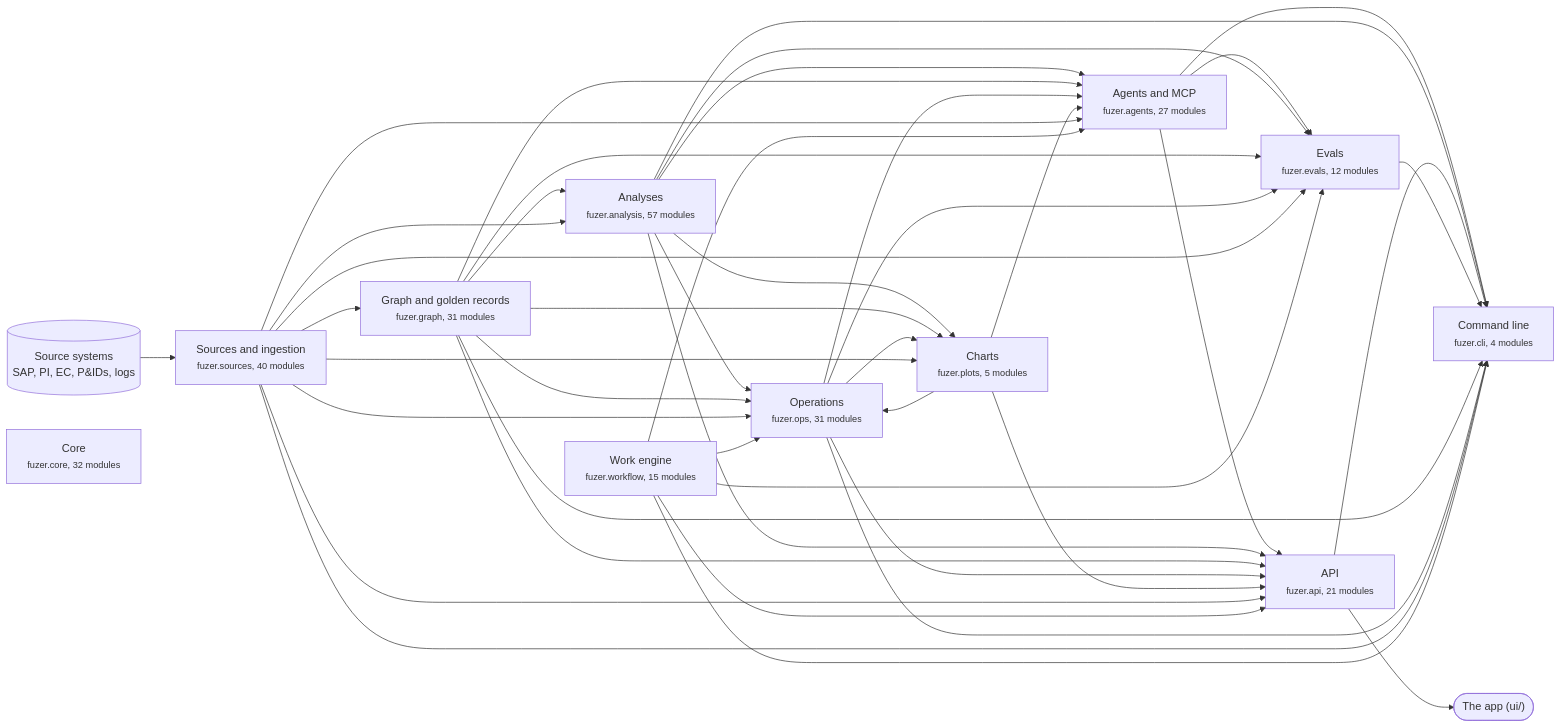
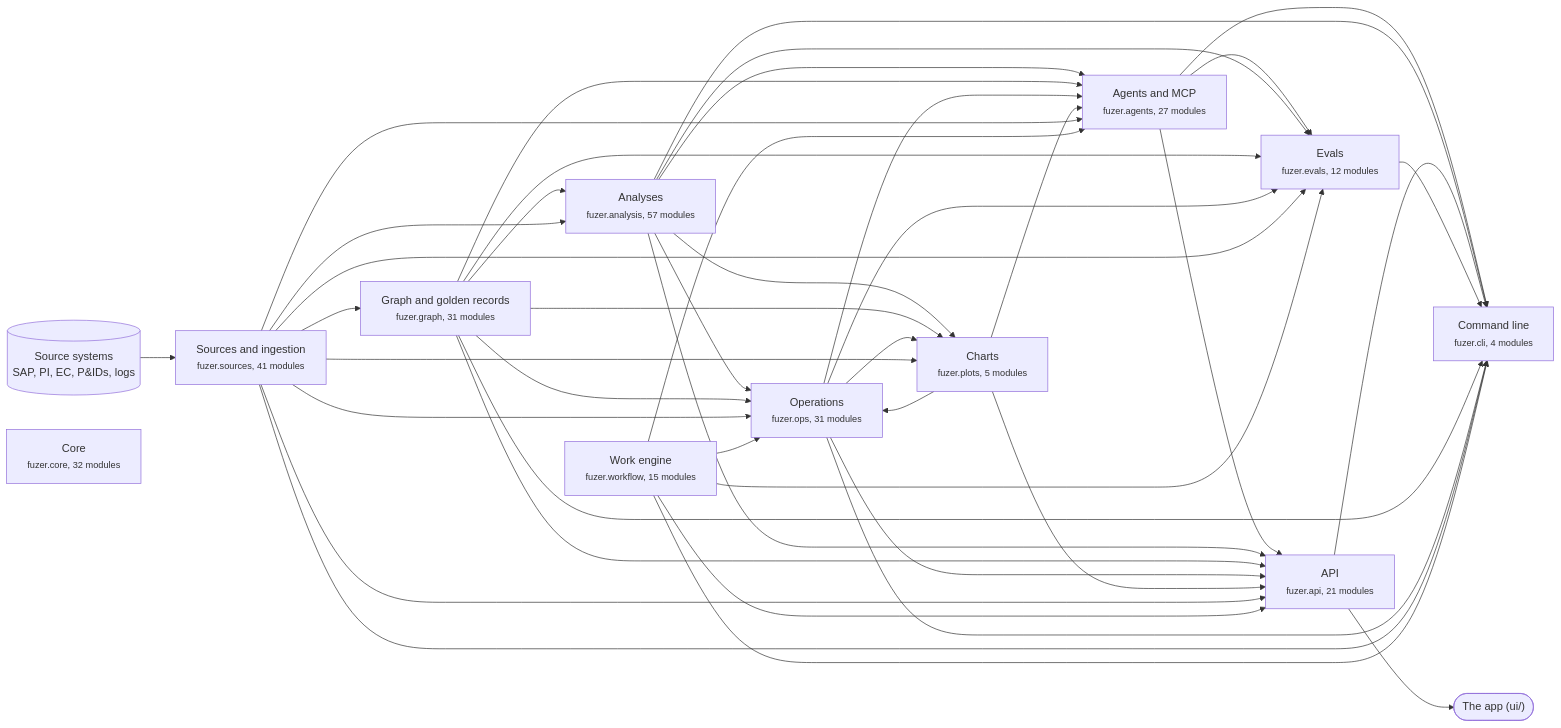
One commit to areed145/fuzer changed the first of 3 diagrams in docs/architecture.md. Above: the diagram before and after it, drawn with Mermaid. The commit also changed other lines of this file and 12 other files, not shown here.

````diff
--- a/docs/architecture.md
+++ b/docs/architecture.md
@@ -8,67 +8,67 @@
 ```mermaid
 flowchart LR
   systems[("Source systems<br>SAP, PI, EC, P&IDs, logs")] --> c_sources
   app(["The app (ui/)"])
   c_api --> app
-  c_sources["Sources and ingestion<br><small>fuzer.sources, 40 modules</small>"]
+  c_sources["Sources and ingestion<br><small>fuzer.sources, 41 modules</small>"]
   c_graph["Graph and golden records<br><small>fuzer.graph, 31 modules</small>"]
   c_analysis["Analyses<br><small>fuzer.analysis, 57 modules</small>"]
   c_ops["Operations<br><small>fuzer.ops, 31 modules</small>"]
   c_plots["Charts<br><small>fuzer.plots, 5 modules</small>"]
   c_workflow["Work engine<br><small>fuzer.workflow, 15 modules</small>"]
   c_agents["Agents and MCP<br><small>fuzer.agents, 27 modules</small>"]
   c_evals["Evals<br><small>fuzer.evals, 12 modules</small>"]
   c_api["API<br><small>fuzer.api, 21 modules</small>"]
   c_cli["Command line<br><small>fuzer.cli, 4 modules</small>"]
   c_core["Core<br><small>fuzer.core, 32 modules</small>"]
   c_sources --> c_graph
   c_graph --> c_analysis
   c_sources --> c_analysis
   c_analysis --> c_ops
   c_graph --> c_ops
   c_plots --> c_ops
   c_sources --> c_ops
   c_workflow --> c_ops
   c_analysis --> c_plots
   c_graph --> c_plots
   c_ops --> c_plots
   c_sources --> c_plots
   c_analysis --> c_agents
   c_graph --> c_agents
   c_ops --> c_agents
   c_plots --> c_agents
   c_sources --> c_agents
   c_workflow --> c_agents
   c_agents --> c_evals
   c_analysis --> c_evals
   c_graph --> c_evals
   c_ops --> c_evals
   c_sources --> c_evals
   c_workflow --> c_evals
   c_agents --> c_api
   c_analysis --> c_api
   c_graph --> c_api
   c_ops --> c_api
   c_plots --> c_api
   c_sources --> c_api
   c_workflow --> c_api
   c_agents --> c_cli
   c_analysis --> c_cli
   c_api --> c_cli
   c_evals --> c_cli
   c_graph --> c_cli
   c_ops --> c_cli
   c_sources --> c_cli
   c_workflow --> c_cli
   click c_sources "https://github.com/areed145/fuzer/tree/main/src/fuzer/sources"
   click c_graph "https://github.com/areed145/fuzer/tree/main/src/fuzer/graph"
   click c_analysis "https://github.com/areed145/fuzer/tree/main/src/fuzer/analysis"
   click c_ops "https://github.com/areed145/fuzer/tree/main/src/fuzer/ops"
   click c_plots "https://github.com/areed145/fuzer/tree/main/src/fuzer/plots"
   click c_workflow "https://github.com/areed145/fuzer/tree/main/src/fuzer/workflow"
   click c_agents "https://github.com/areed145/fuzer/tree/main/src/fuzer/agents"
   click c_evals "https://github.com/areed145/fuzer/tree/main/src/fuzer/evals"
   click c_api "https://github.com/areed145/fuzer/tree/main/src/fuzer/api"
   click c_cli "https://github.com/areed145/fuzer/tree/main/src/fuzer/cli"
   click c_core "https://github.com/areed145/fuzer/tree/main/src/fuzer/core"
 ```
````
